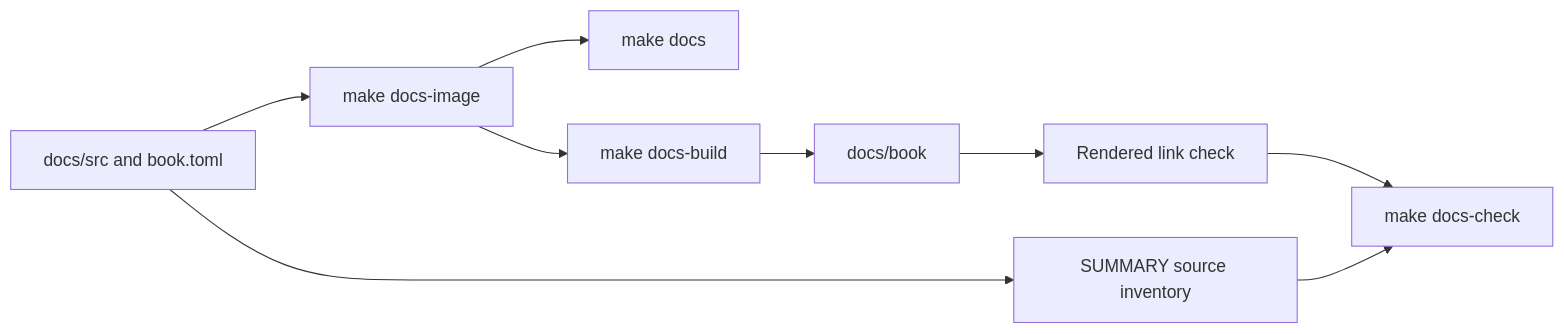
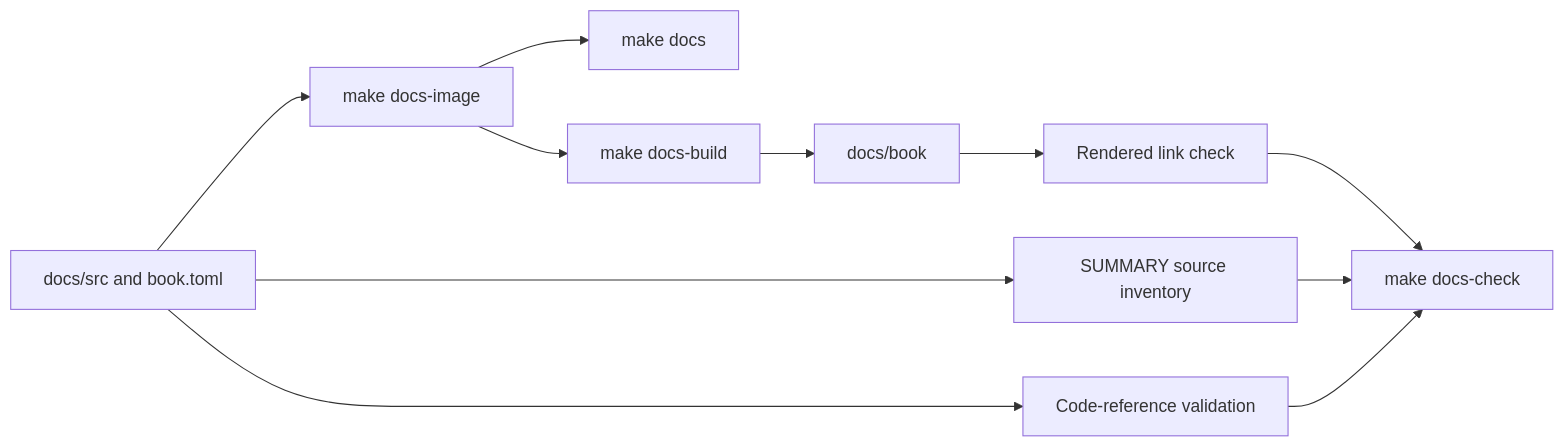
The first of 2 diagrams in docs/src/tooling/documentation.md (VitorNathanG/njavac), drawn with Mermaid before and after one commit. The commit also changed other lines of this file and 11 other files, not shown here.

Commit message:
Validate documentation code references

````diff
--- a/docs/src/tooling/documentation.md
+++ b/docs/src/tooling/documentation.md
@@ -26,11 +26,13 @@
 ```mermaid
 flowchart LR
     Source[docs/src and book.toml] --> Image[make docs-image]
     Image --> Preview[make docs]
     Image --> Build[make docs-build]
     Build --> Book[docs/book]
     Source --> Inventory[SUMMARY source inventory]
+    Source --> References[Code-reference validation]
     Book --> Links[Rendered link check]
     Inventory --> Check[make docs-check]
+    References --> Check
     Links --> Check
 ```
````
